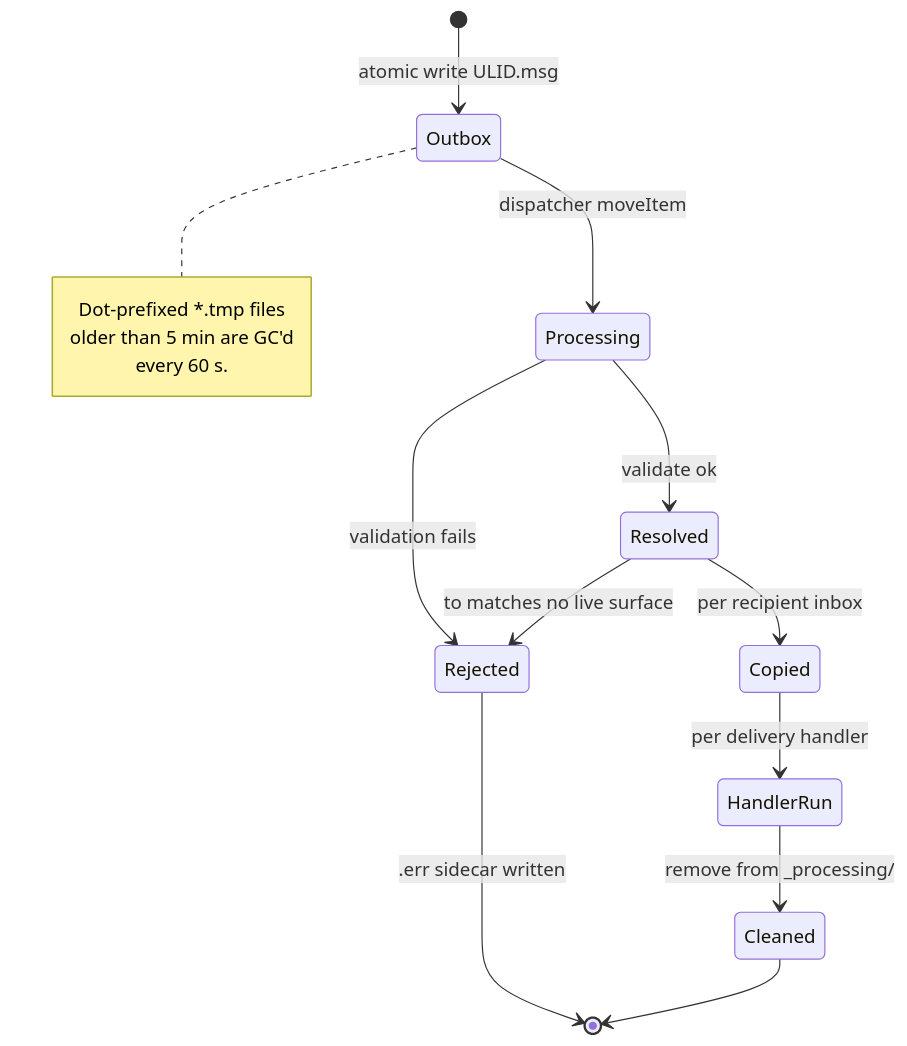
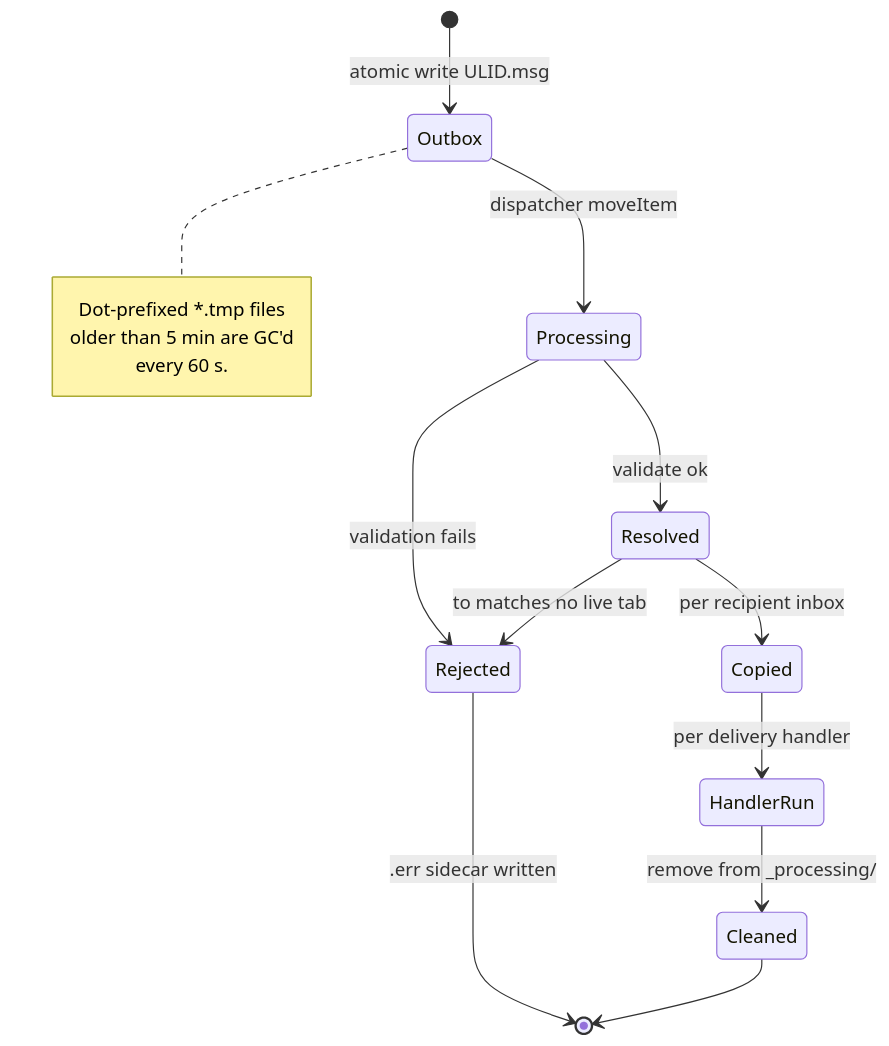
Before and after one commit to Stage-11-Agentics/c11: the fourth of 6 diagrams in docs/c11-mailbox-guide.md, drawn with Mermaid. The commit also changed other lines of this file and 59 other files, not shown here.

````diff
--- a/docs/c11-mailbox-guide.md
+++ b/docs/c11-mailbox-guide.md
@@ -285,18 +285,18 @@
 ```mermaid
 stateDiagram-v2
     [*] --> Outbox: atomic write ULID.msg
     Outbox --> Processing: dispatcher moveItem
     Processing --> Rejected: validation fails
     Processing --> Resolved: validate ok
-    Resolved --> Rejected: to matches no live surface
+    Resolved --> Rejected: to matches no live tab
     Resolved --> Copied: per recipient inbox
     Copied --> HandlerRun: per delivery handler
     HandlerRun --> Cleaned: remove from _processing/
     Rejected --> [*]: .err sidecar written
     Cleaned --> [*]
     note right of Outbox
         Dot-prefixed *.tmp files
         older than 5 min are GC'd
         every 60 s.
     end note
 ```
````
